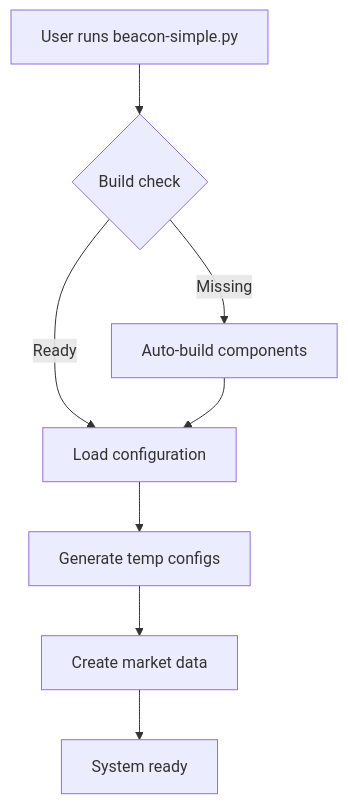
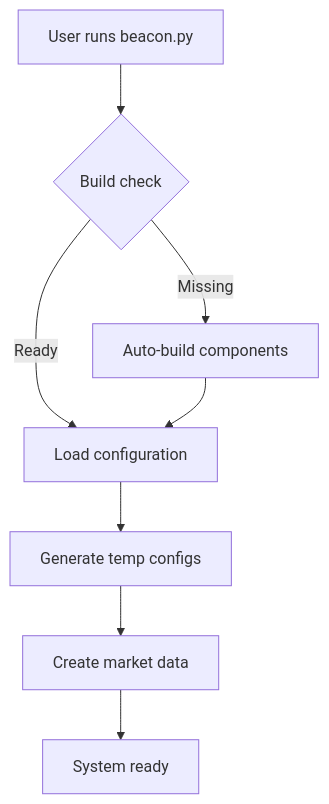
The first of 4 diagrams in docs/architecture.md (bryanlcamp/Beacon), drawn with Mermaid before and after one commit. The commit also changed other lines of this file and 50 other files, not shown here.

````diff
--- a/docs/architecture.md
+++ b/docs/architecture.md
@@ -43,10 +43,10 @@
 ```mermaid
 graph TD
-    A[User runs beacon-simple.py] --> B{Build check}
+    A[User runs beacon.py] --> B{Build check}
     B -->|Missing| C[Auto-build components]
     B -->|Ready| D[Load configuration]
     C --> D
     D --> E[Generate temp configs]
     E --> F[Create market data]
     F --> G[System ready]
 ```
````
